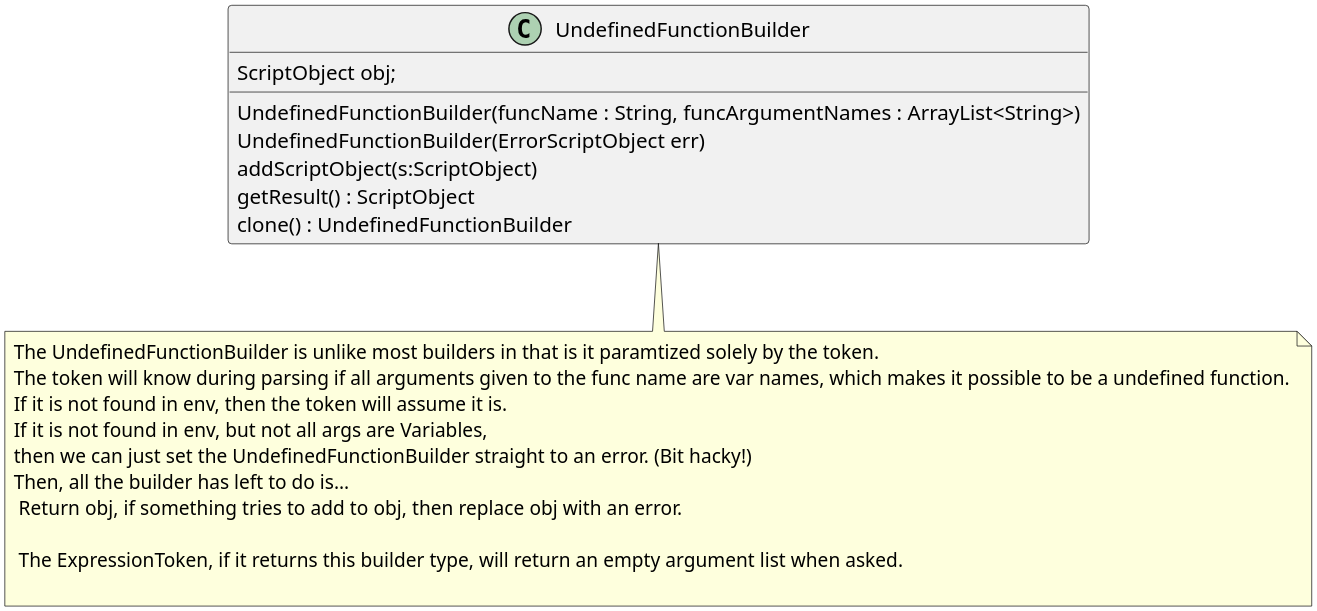
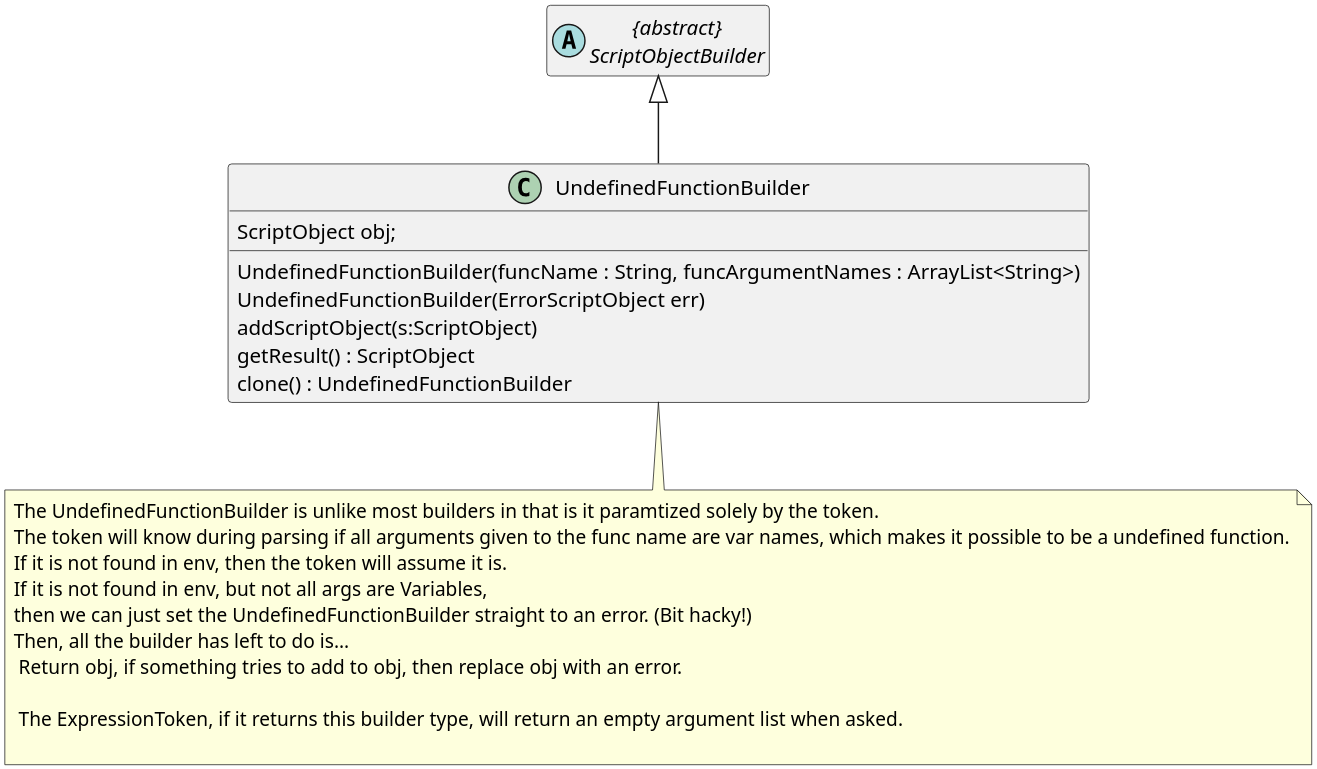
The diagram in Builder/UndefinedFunctionBuilder.org (MatthewBregg/DesignPatternsRepo), drawn with PlantUML before and after one commit. The commit also changed 51 other files, not shown here.

Commit message:
Made all builder sub umls show the inheritence from ScriptObjectBuilder

```diff
--- a/Builder/UndefinedFunctionBuilder.org
+++ b/Builder/UndefinedFunctionBuilder.org
@@ -1,24 +1,31 @@
 #+BEGIN_SRC plantuml :file UndefinedFunctionBuilder.png
 skinparam dpi 300
+
+
+abstract class ScriptObjectBuilder as "{abstract}\nScriptObjectBuilder"
+hide ScriptObjectBuilder methods
+hide ScriptObjectBuilder members
 
 class UndefinedFunctionBuilder
 UndefinedFunctionBuilder : ScriptObject obj;
 UndefinedFunctionBuilder : UndefinedFunctionBuilder(funcName : String, funcArgumentNames : ArrayList<String>)
 UndefinedFunctionBuilder : UndefinedFunctionBuilder(ErrorScriptObject err)
 UndefinedFunctionBuilder : addScriptObject(s:ScriptObject)
 UndefinedFunctionBuilder : getResult() : ScriptObject
 UndefinedFunctionBuilder : clone() : UndefinedFunctionBuilder
 
 note bottom of UndefinedFunctionBuilder
  The UndefinedFunctionBuilder is unlike most builders in that is it paramtized solely by the token.  
  The token will know during parsing if all arguments given to the func name are var names, which makes it possible to be a undefined function.
  If it is not found in env, then the token will assume it is. 
  If it is not found in env, but not all args are Variables,
  then we can just set the UndefinedFunctionBuilder straight to an error. (Bit hacky!)
  Then, all the builder has left to do is...
   Return obj, if something tries to add to obj, then replace obj with an error. 
 
   The ExpressionToken, if it returns this builder type, will return an empty argument list when asked.
 
 end note
+
+ScriptObjectBuilder <|-- UndefinedFunctionBuilder
 #+END_SRC
```
